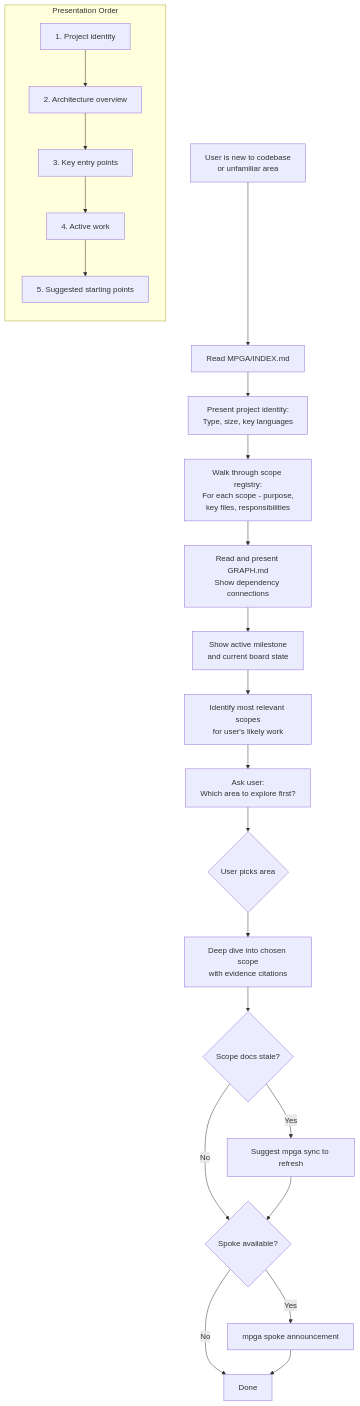
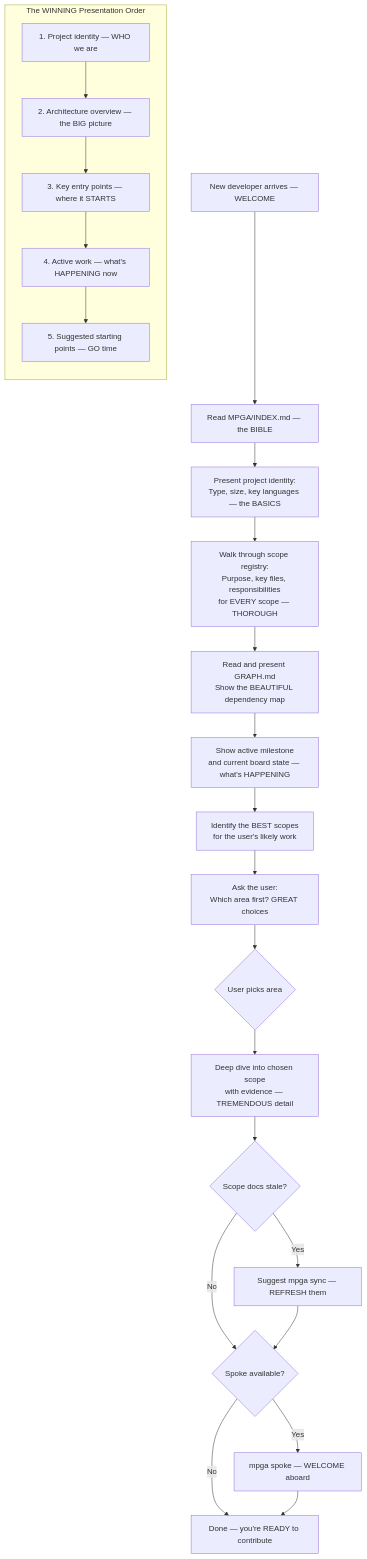
The diagram in docs/diagrams/skills/onboard.md (benrben/MPGA), drawn with Mermaid before and after one commit. The commit also changed other lines of this file and 28 other files, not shown here.

First line of the commit message:
style: Trumpify all workflow diagrams — TREMENDOUS Mermaid charts

````diff
--- a/docs/diagrams/skills/onboard.md
+++ b/docs/diagrams/skills/onboard.md
@@ -5,31 +5,31 @@
 ```mermaid
 flowchart TD
-    A[User is new to codebase\nor unfamiliar area] --> B[Read MPGA/INDEX.md]
-    B --> C["Present project identity:\nType, size, key languages"]
-    C --> D["Walk through scope registry:\nFor each scope - purpose,\nkey files, responsibilities"]
-    D --> E[Read and present GRAPH.md\nShow dependency connections]
-    E --> F["Show active milestone\nand current board state"]
-    F --> G["Identify most relevant scopes\nfor user's likely work"]
-    G --> H["Ask user:\nWhich area to explore first?"]
+    A[New developer arrives — WELCOME] --> B[Read MPGA/INDEX.md — the BIBLE]
+    B --> C["Present project identity:\nType, size, key languages — the BASICS"]
+    C --> D["Walk through scope registry:\nPurpose, key files, responsibilities\nfor EVERY scope — THOROUGH"]
+    D --> E[Read and present GRAPH.md\nShow the BEAUTIFUL dependency map]
+    E --> F["Show active milestone\nand current board state — what's HAPPENING"]
+    F --> G["Identify the BEST scopes\nfor the user's likely work"]
+    G --> H["Ask the user:\nWhich area first? GREAT choices"]
 
     H --> I{User picks area}
-    I --> J[Deep dive into chosen scope\nwith evidence citations]
+    I --> J[Deep dive into chosen scope\nwith evidence — TREMENDOUS detail]
 
-    subgraph "Presentation Order"
+    subgraph "The WINNING Presentation Order"
         direction TB
-        P1["1. Project identity"]
-        P2["2. Architecture overview"]
-        P3["3. Key entry points"]
-        P4["4. Active work"]
-        P5["5. Suggested starting points"]
+        P1["1. Project identity — WHO we are"]
+        P2["2. Architecture overview — the BIG picture"]
+        P3["3. Key entry points — where it STARTS"]
+        P4["4. Active work — what's HAPPENING now"]
+        P5["5. Suggested starting points — GO time"]
         P1 --> P2 --> P3 --> P4 --> P5
     end
 
     J --> K{Scope docs stale?}
-    K -->|Yes| L[Suggest mpga sync to refresh]
+    K -->|Yes| L[Suggest mpga sync — REFRESH them]
     K -->|No| M{Spoke available?}
     L --> M
-    M -->|Yes| N[mpga spoke announcement]
-    M -->|No| O[Done]
+    M -->|Yes| N[mpga spoke — WELCOME aboard]
+    M -->|No| O[Done — you're READY to contribute]
     N --> O
 ```
````
